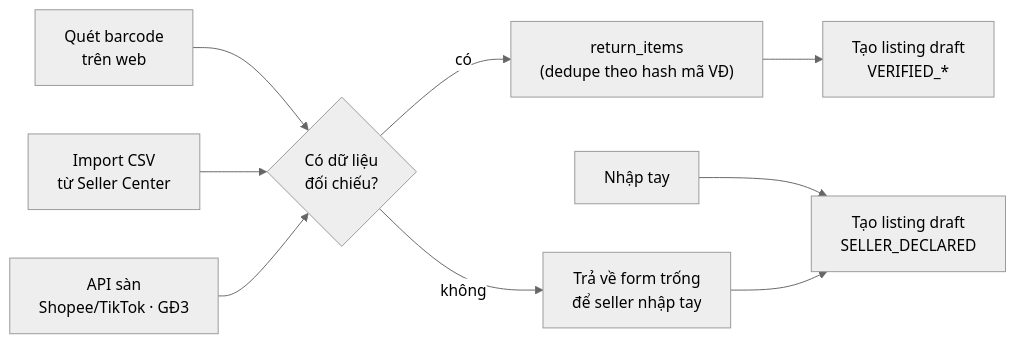
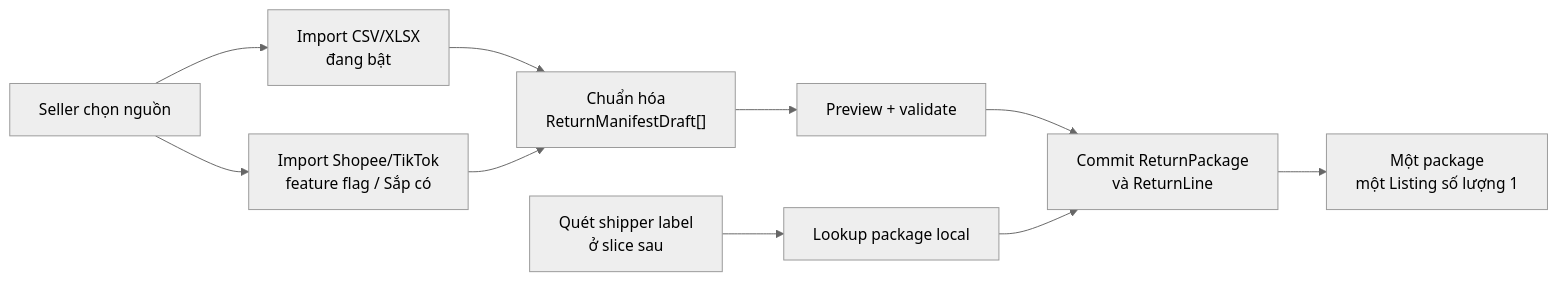
Before and after one commit to kttt294/Rebox: the second of 4 diagrams in docs/02-BACKEND-FLOWS.md, drawn with Mermaid (neutral theme). The commit also changed other lines of this file and 43 other files, not shown here.

First line of the commit message:
feat: implement return manifest import functionality with spreadsheet support

````diff
--- a/docs/02-BACKEND-FLOWS.md
+++ b/docs/02-BACKEND-FLOWS.md
@@ -107,10 +107,12 @@
 ```mermaid
 flowchart LR
-  A["Quét barcode<br/>trên web"] --> E{Có dữ liệu<br/>đối chiếu?}
-  B["Import CSV<br/>từ Seller Center"] --> E
-  C["API sàn<br/>Shopee/TikTok · GĐ3"] --> E
-  D["Nhập tay"] --> I["Tạo listing draft<br/>SELLER_DECLARED"]
-  E -->|có| F["return_items<br/>(dedupe theo hash mã VĐ)"]
-  E -->|không| G["Trả về form trống<br/>để seller nhập tay"] --> I
-  F --> H["Tạo listing draft<br/>VERIFIED_*"]
+  U["Seller chọn nguồn"] --> B["Import CSV/XLSX<br/>đang bật"]
+  U --> C["Import Shopee/TikTok<br/>feature flag / Sắp có"]
+  B --> N["Chuẩn hóa<br/>ReturnManifestDraft[]"]
+  C --> N
+  N --> P["Preview + validate"]
+  P --> S["Commit ReturnPackage<br/>và ReturnLine"]
+  A["Quét shipper label<br/>ở slice sau"] --> L["Lookup package local"]
+  L --> S
+  S --> H["Một package<br/>một Listing số lượng 1"]
 ```
````
